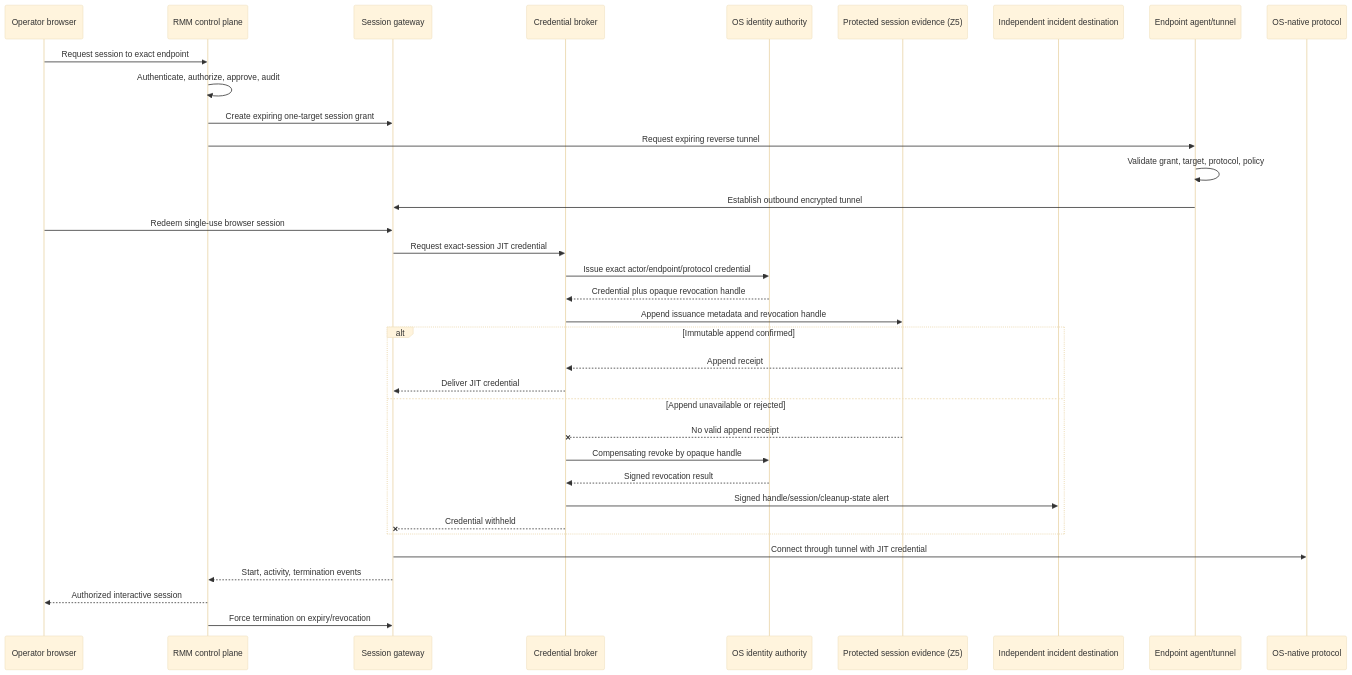
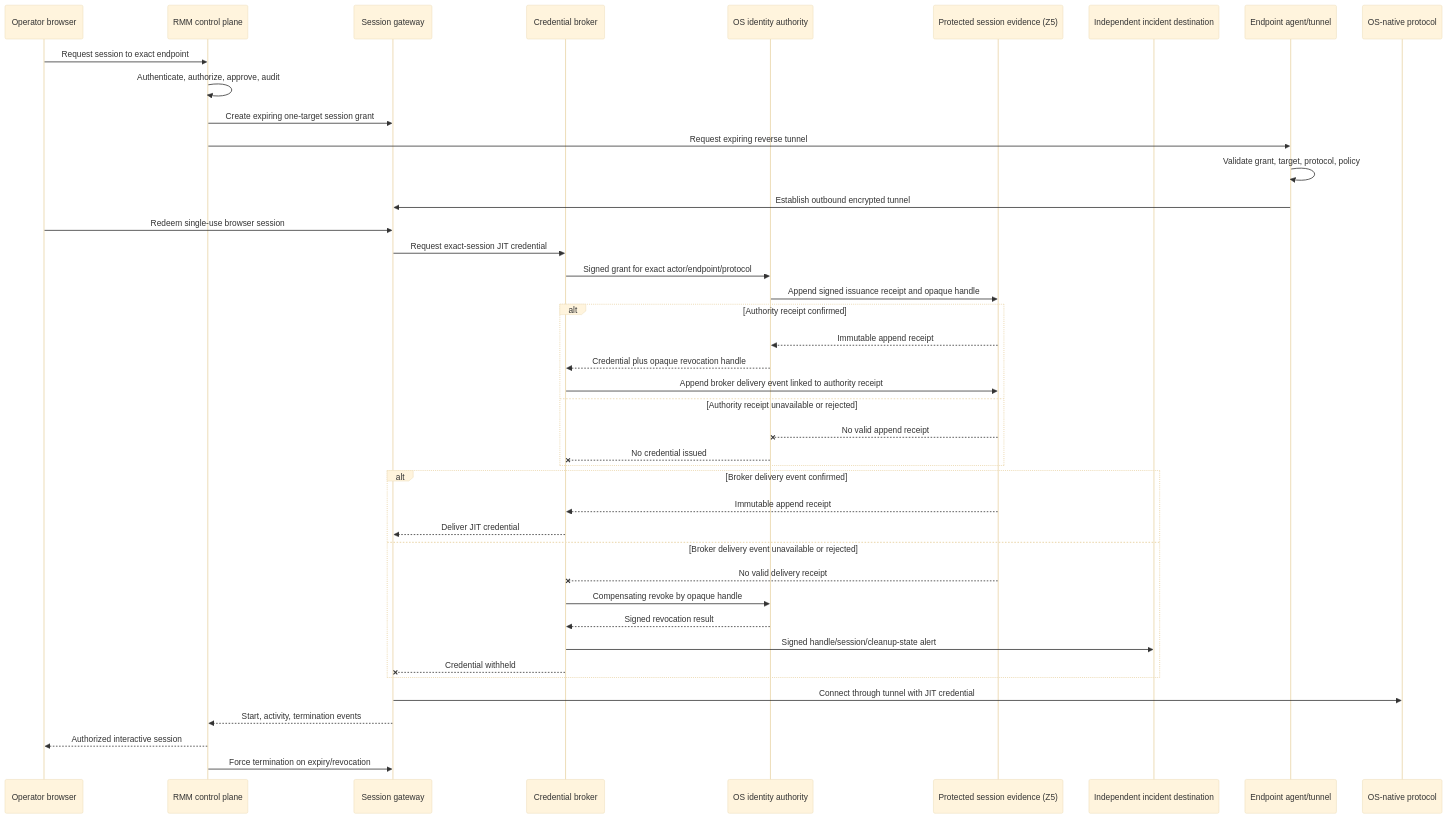
Before and after one commit to Beowxlf/northgate-rmm: the diagram in docs/architecture/REMOTE_ACCESS.md, drawn with Mermaid (base theme). The commit also changed other lines of this file and 2 other files, not shown here.

Commit message:
Record JIT handles outside the broker

````diff
--- a/docs/architecture/REMOTE_ACCESS.md
+++ b/docs/architecture/REMOTE_ACCESS.md
@@ -24,37 +24,44 @@
 ```mermaid
 sequenceDiagram
   participant O as Operator browser
   participant C as RMM control plane
   participant G as Session gateway
   participant B as Credential broker
   participant I as OS identity authority
   participant E as Protected session evidence (Z5)
   participant X as Independent incident destination
   participant A as Endpoint agent/tunnel
   participant P as OS-native protocol
   O->>C: Request session to exact endpoint
   C->>C: Authenticate, authorize, approve, audit
   C->>G: Create expiring one-target session grant
   C->>A: Request expiring reverse tunnel
   A->>A: Validate grant, target, protocol, policy
   A->>G: Establish outbound encrypted tunnel
   O->>G: Redeem single-use browser session
   G->>B: Request exact-session JIT credential
-  B->>I: Issue exact actor/endpoint/protocol credential
-  I-->>B: Credential plus opaque revocation handle
-  B->>E: Append issuance metadata and revocation handle
-  alt Immutable append confirmed
-    E-->>B: Append receipt
+  B->>I: Signed grant for exact actor/endpoint/protocol
+  I->>E: Append signed issuance receipt and opaque handle
+  alt Authority receipt confirmed
+    E-->>I: Immutable append receipt
+    I-->>B: Credential plus opaque revocation handle
+    B->>E: Append broker delivery event linked to authority receipt
+  else Authority receipt unavailable or rejected
+    E--xI: No valid append receipt
+    I--xB: No credential issued
+  end
+  alt Broker delivery event confirmed
+    E-->>B: Immutable append receipt
     B-->>G: Deliver JIT credential
-  else Append unavailable or rejected
-    E--xB: No valid append receipt
+  else Broker delivery event unavailable or rejected
+    E--xB: No valid delivery receipt
     B->>I: Compensating revoke by opaque handle
     I-->>B: Signed revocation result
     B->>X: Signed handle/session/cleanup-state alert
     B--xG: Credential withheld
   end
   G->>P: Connect through tunnel with JIT credential
   G-->>C: Start, activity, termination events
   C-->>O: Authorized interactive session
   C->>G: Force termination on expiry/revocation
 ```
````
